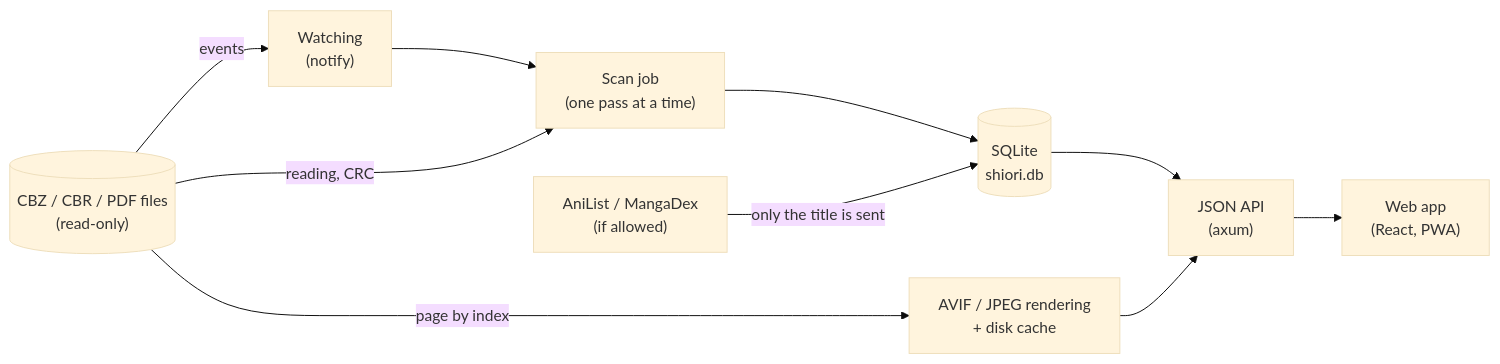
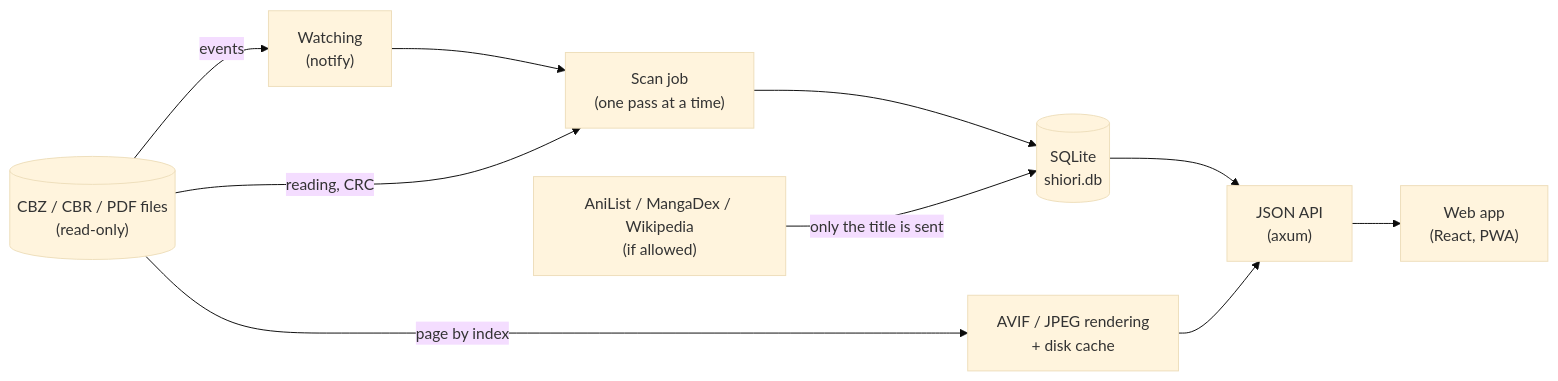
One commit to befa160/shiori changed the diagram in docs/en/technical/index.md. Above: the diagram before and after it, drawn with Mermaid (base theme). The commit also changed other lines of this file and 35 other files, not shown here.

````diff
--- a/docs/en/technical/index.md
+++ b/docs/en/technical/index.md
@@ -16,16 +16,16 @@
 ```mermaid
 flowchart LR
   F[("CBZ / CBR / PDF files<br/>(read-only)")]
   W["Watching<br/>(notify)"]
   J["Scan job<br/>(one pass at a time)"]
   DB[("SQLite<br/>shiori.db")]
   API["JSON API<br/>(axum)"]
   R["AVIF / JPEG rendering<br/>+ disk cache"]
-  M["AniList / MangaDex<br/>(if allowed)"]
+  M["AniList / MangaDex / Wikipedia<br/>(if allowed)"]
   UI["Web app<br/>(React, PWA)"]
   F -- events --> W --> J
   F -- reading, CRC --> J --> DB
   DB --> API --> UI
   F -- page by index --> R --> API
   M -- only the title is sent --> DB
 ```
````
